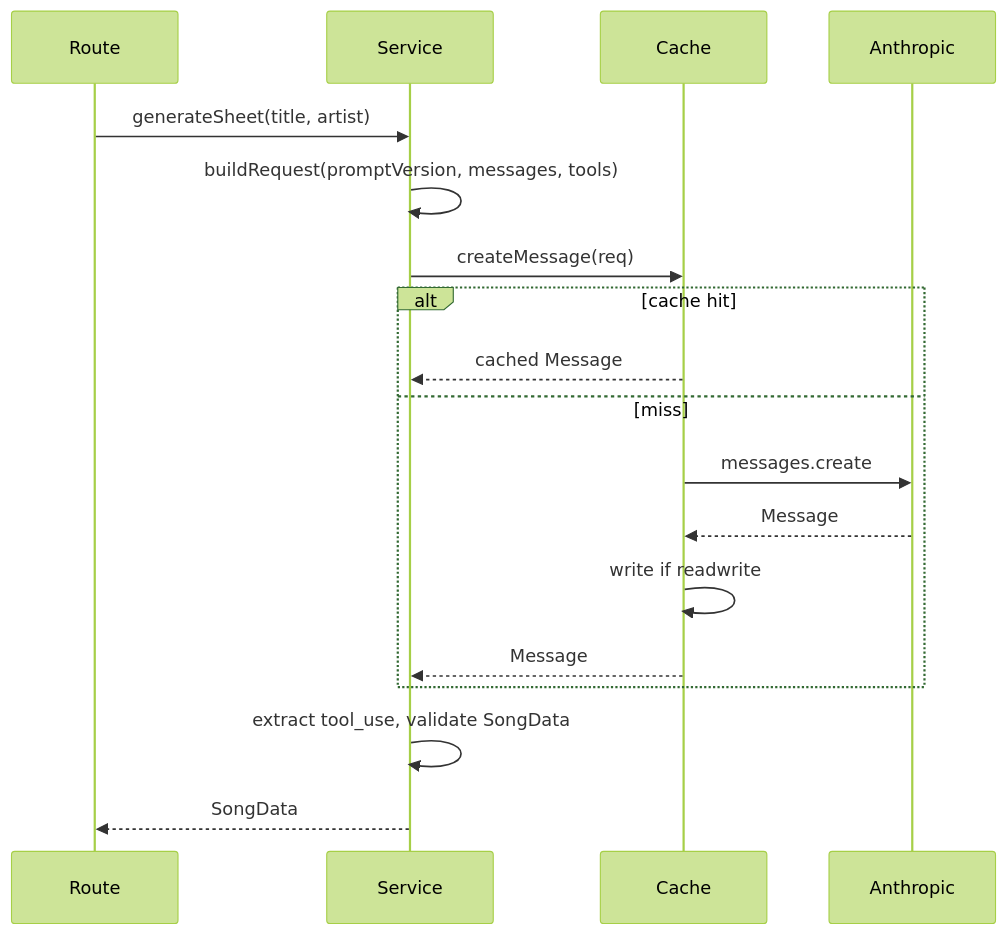
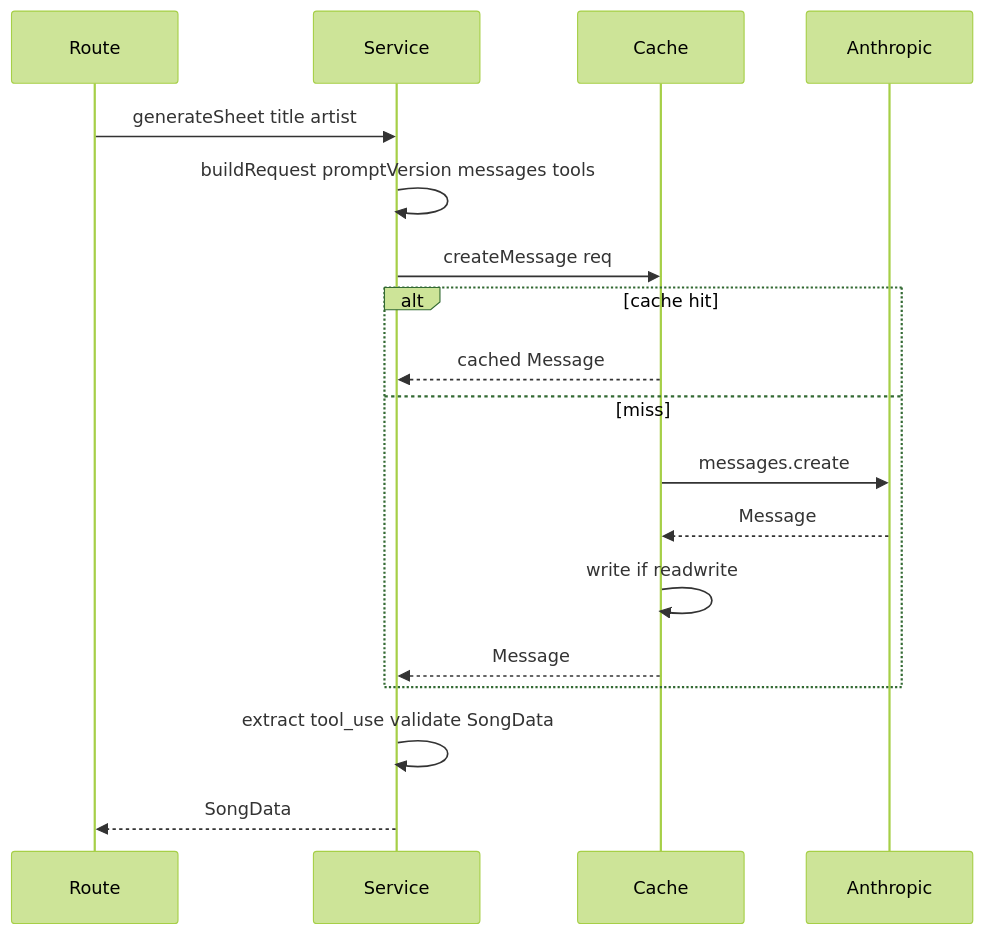
One commit to avoidTheLite/maple changed the first of 2 diagrams in docs/PLAN_LLM_CACHE_AND_TESTING.md. Above: the diagram before and after it, drawn with Mermaid (forest theme). The commit also changed other lines of this file and 2 other files, not shown here.

````diff
--- a/docs/PLAN_LLM_CACHE_AND_TESTING.md
+++ b/docs/PLAN_LLM_CACHE_AND_TESTING.md
@@ -80,20 +130,20 @@
 ```mermaid
 sequenceDiagram
   participant Route
   participant Service
   participant Cache
   participant Anthropic
-  Route->>Service: generateSheet(title, artist)
-  Service->>Service: buildRequest(promptVersion, messages, tools)
-  Service->>Cache: createMessage(req)
+  Route->>Service: generateSheet title artist
+  Service->>Service: buildRequest promptVersion messages tools
+  Service->>Cache: createMessage req
   alt cache hit
     Cache-->>Service: cached Message
   else miss
     Cache->>Anthropic: messages.create
     Anthropic-->>Cache: Message
     Cache->>Cache: write if readwrite
     Cache-->>Service: Message
   end
-  Service->>Service: extract tool_use, validate SongData
+  Service->>Service: extract tool_use validate SongData
   Service-->>Route: SongData
 ```
````
